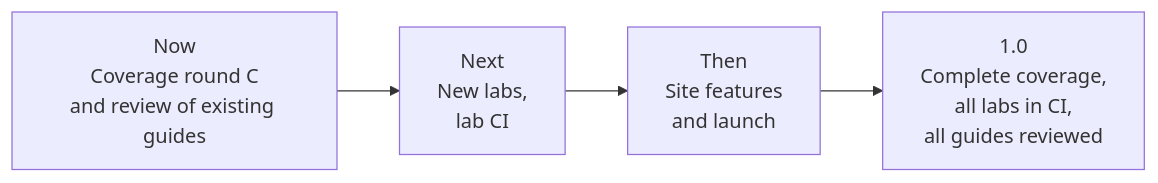
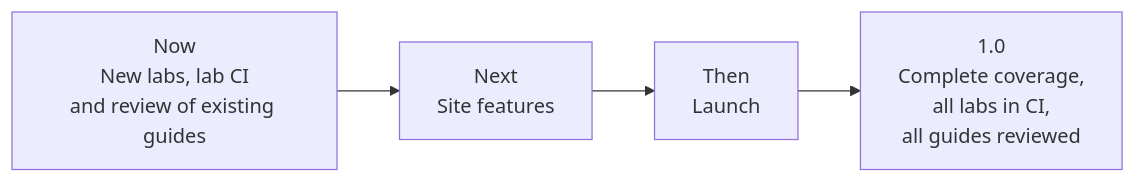
Before and after one commit to HarshRajSinghania/data-engineering-handbook: the diagram in docs/roadmap.md, drawn with Mermaid. The commit also changed other lines of this file and 20 other files, not shown here.

First line of the commit message:
docs: add Round C guides (MCP and text-to-SQL, data catalogs, DataOps, choosing a stack)

````diff
--- a/docs/roadmap.md
+++ b/docs/roadmap.md
@@ -11,6 +11,6 @@
 ```mermaid
 flowchart LR
-    N["Now<br/>Coverage round C<br/>and review of existing guides"] --> A["Next<br/>New labs,<br/>lab CI"]
-    A --> B["Then<br/>Site features<br/>and launch"]
+    N["Now<br/>New labs, lab CI<br/>and review of existing guides"] --> A["Next<br/>Site features"]
+    A --> B["Then<br/>Launch"]
     B --> V["1.0<br/>Complete coverage,<br/>all labs in CI,<br/>all guides reviewed"]
 ```
````
